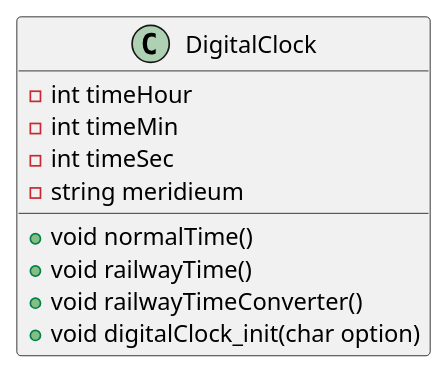
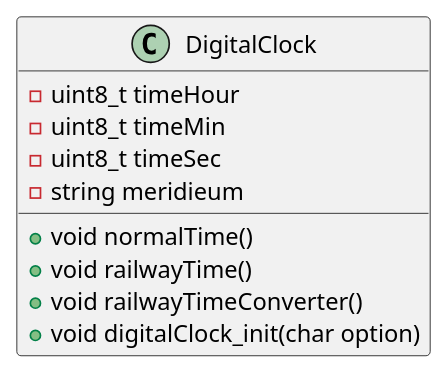
One commit to Robin005cr/Calendar-and-Clock changed the diagram in Calendar_Clock/docs/UML/digital_clock.puml. Above: the diagram before and after it, drawn with PlantUML. The commit also changed 53 other files, not shown here.

```diff
--- a/Calendar_Clock/docs/UML/digital_clock.puml
+++ b/Calendar_Clock/docs/UML/digital_clock.puml
@@ -1,15 +1,15 @@
 @startuml digital_clock.puml
 
 class DigitalClock {
-  - int timeHour
-  - int timeMin
-  - int timeSec
+  - uint8_t timeHour
+  - uint8_t timeMin
+  - uint8_t timeSec
   - string meridieum
 
   + void normalTime()
   + void railwayTime()
   + void railwayTimeConverter()
   + void digitalClock_init(char option)
 }
 
 @enduml 
```
